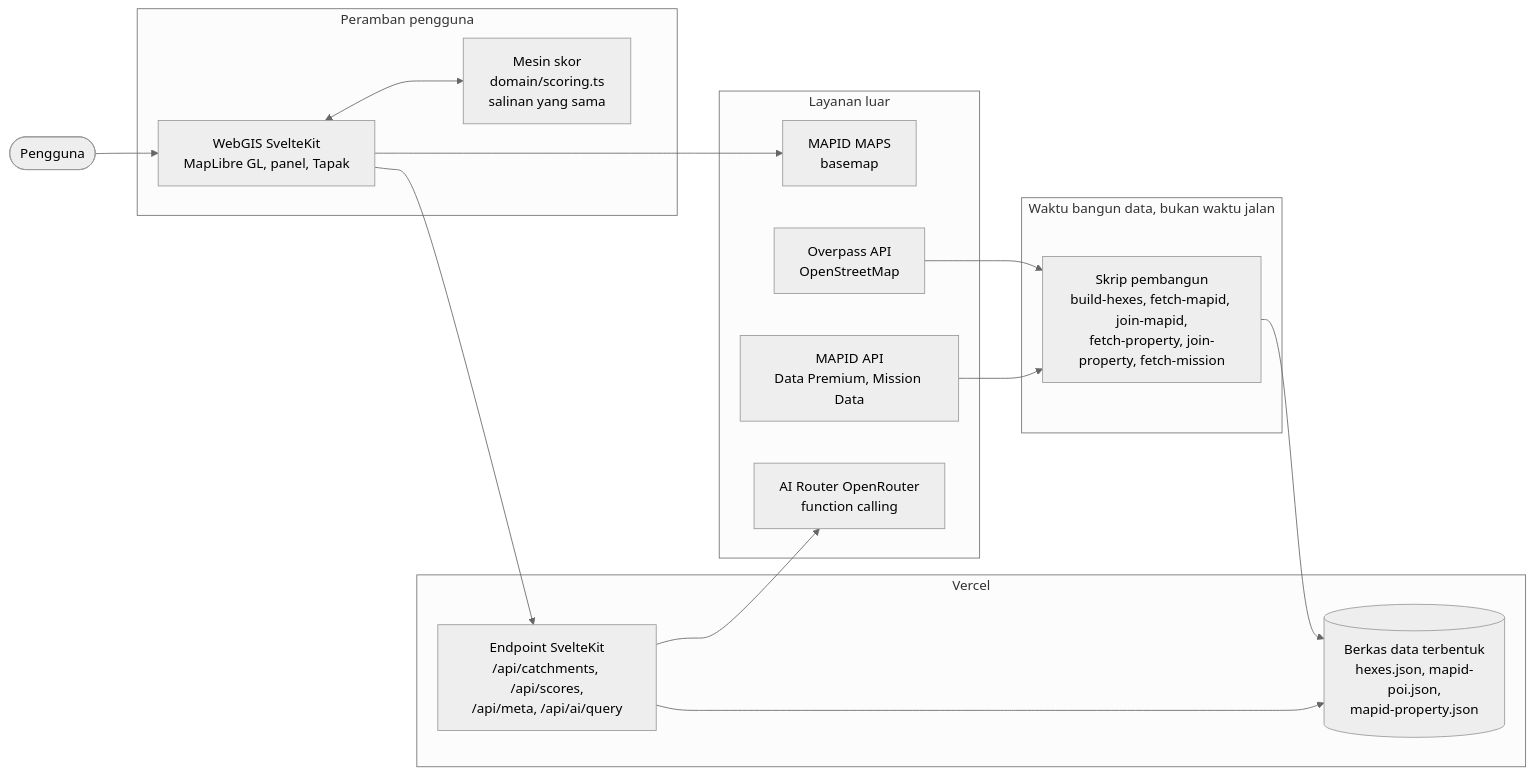
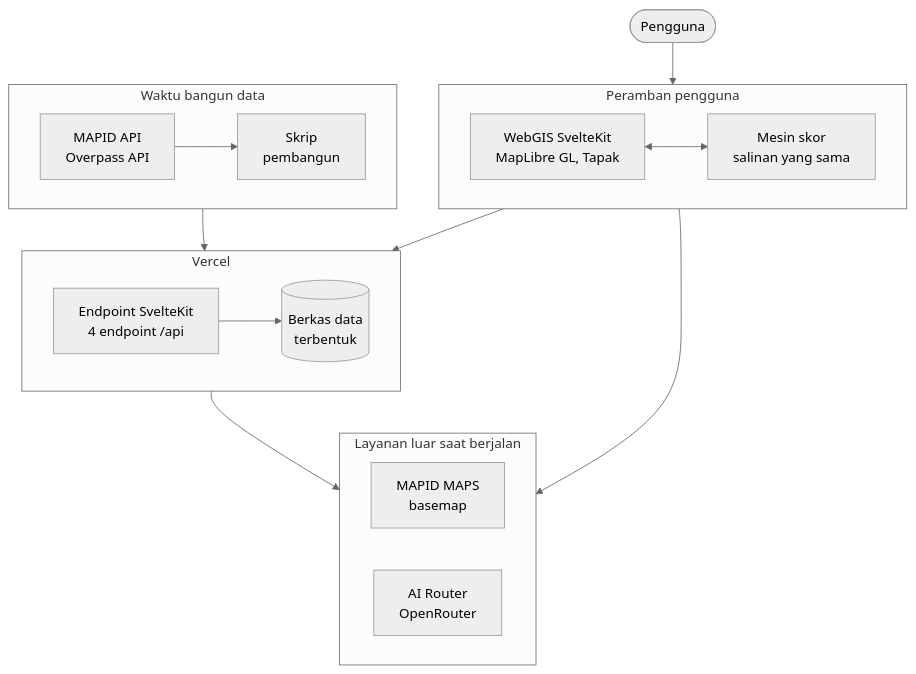
The second of 2 diagrams in docs/05-prd-spoton.md (VennethN/SpotOn), drawn with Mermaid (neutral theme) before and after one commit. The commit also changed other lines of this file and 2 other files, not shown here.

````diff
--- a/docs/05-prd-spoton.md
+++ b/docs/05-prd-spoton.md
@@ -496,33 +503,37 @@
 ```mermaid
-flowchart LR
+flowchart TB
+  U(["Pengguna"])
+
   subgraph klien["Peramban pengguna"]
-    UI["WebGIS SvelteKit<br/>MapLibre GL, panel, Tapak"]
-    SC["Mesin skor<br/>domain/scoring.ts<br/>salinan yang sama"]
+    direction LR
+    UI["WebGIS SvelteKit<br/>MapLibre GL, Tapak"]
+    SC["Mesin skor<br/>salinan yang sama"]
     UI <--> SC
   end
 
+  subgraph luar["Layanan luar saat berjalan"]
+    direction LR
+    MAPS["MAPID MAPS<br/>basemap"]
+    AIR["AI Router<br/>OpenRouter"]
+  end
+
   subgraph vercel["Vercel"]
-    BE["Endpoint SvelteKit<br/>/api/catchments, /api/scores,<br/>/api/meta, /api/ai/query"]
-    DATA[("Berkas data terbentuk<br/>hexes.json, mapid-poi.json,<br/>mapid-property.json")]
+    direction LR
+    BE["Endpoint SvelteKit<br/>4 endpoint /api"]
+    DATA[("Berkas data<br/>terbentuk")]
     BE --> DATA
   end
 
-  subgraph luar["Layanan luar"]
-    MAPS["MAPID MAPS<br/>basemap"]
-    MAPIDAPI["MAPID API<br/>Data Premium, Mission Data"]
-    OSM["Overpass API<br/>OpenStreetMap"]
-    AIR["AI Router OpenRouter<br/>function calling"]
+  subgraph build["Waktu bangun data"]
+    direction LR
+    SUM["MAPID API<br/>Overpass API"]
+    SCR["Skrip<br/>pembangun"]
+    SUM --> SCR
   end
 
-  subgraph build["Waktu bangun data, bukan waktu jalan"]
-    SCR["Skrip pembangun<br/>build-hexes, fetch-mapid, join-mapid,<br/>fetch-property, join-property, fetch-mission"]
-  end
-
-  U(["Pengguna"]) --> UI
+  U --> UI
+  UI --> MAPS
   UI --> BE
-  UI --> MAPS
   BE --> AIR
-  MAPIDAPI --> SCR
-  OSM --> SCR
   SCR --> DATA
 ```
````
